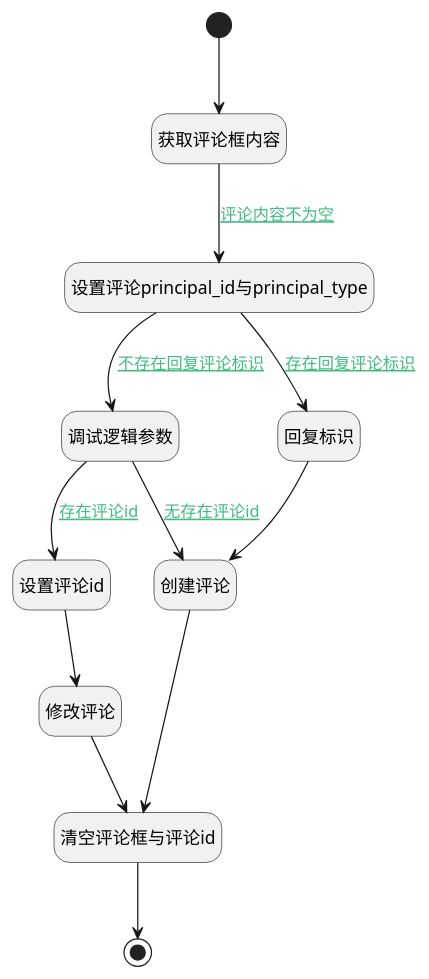
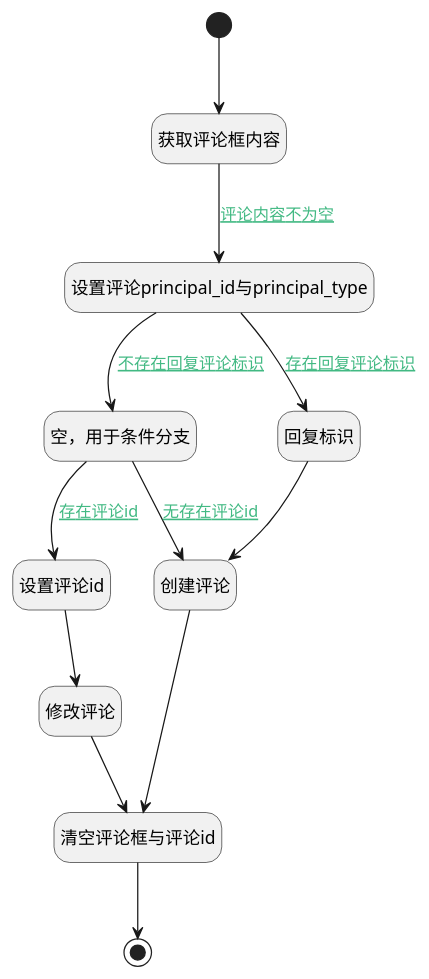
Before and after one commit to iBizLab/plm: the diagram in doc/docsify/module/Base/comment/uilogic/send_comment.md, drawn with PlantUML. The commit also changed other lines of this file and 1068 other files, not shown here.

````diff
--- a/doc/docsify/module/Base/comment/uilogic/send_comment.md
+++ b/doc/docsify/module/Base/comment/uilogic/send_comment.md
@@ -7,37 +7,37 @@
 ```plantuml
 @startuml
 hide footbox
 <style>
 root {
   HyperlinkColor #42b983
 }
 </style>
 
 hide empty description
 state "开始" as Begin <<start>> [[$./send_comment#begin {开始}]]
+state "结束" as END1 <<end>> [[$./send_comment#end1 {结束}]]
 state "获取评论框内容" as RAWJSCODE1  [[$./send_comment#rawjscode1 {获取评论框内容}]]
-state "结束" as END1 <<end>> [[$./send_comment#end1 {结束}]]
-state "设置评论id" as PREPAREJSPARAM3  [[$./send_comment#preparejsparam3 {设置评论id}]]
-state "调试逻辑参数" as DEBUGPARAM1  [[$./send_comment#debugparam1 {调试逻辑参数}]]
-state "回复标识" as PREPAREJSPARAM2  [[$./send_comment#preparejsparam2 {回复标识}]]
+state "修改评论" as DEACTION3  [[$./send_comment#deaction3 {修改评论}]]
+state "空，用于条件分支" as PREPAREJSPARAM4  [[$./send_comment#preparejsparam4 {空，用于条件分支}]]
+state "设置评论principal_id与principal_type" as PREPAREJSPARAM1  [[$./send_comment#preparejsparam1 {设置评论principal_id与principal_type}]]
 state "清空评论框与评论id" as RAWJSCODE2  [[$./send_comment#rawjscode2 {清空评论框与评论id}]]
 state "创建评论" as DEACTION2  [[$./send_comment#deaction2 {创建评论}]]
-state "设置评论principal_id与principal_type" as PREPAREJSPARAM1  [[$./send_comment#preparejsparam1 {设置评论principal_id与principal_type}]]
-state "修改评论" as DEACTION3  [[$./send_comment#deaction3 {修改评论}]]
+state "回复标识" as PREPAREJSPARAM2  [[$./send_comment#preparejsparam2 {回复标识}]]
+state "设置评论id" as PREPAREJSPARAM3  [[$./send_comment#preparejsparam3 {设置评论id}]]
 
 
 Begin --> RAWJSCODE1
 RAWJSCODE1 --> PREPAREJSPARAM1 : [[$./send_comment#rawjscode1-preparejsparam1{评论内容不为空} 评论内容不为空]]
-PREPAREJSPARAM1 --> DEBUGPARAM1 : [[$./send_comment#preparejsparam1-debugparam1{不存在回复评论标识} 不存在回复评论标识]]
-DEBUGPARAM1 --> DEACTION2 : [[$./send_comment#debugparam1-deaction2{无存在评论id} 无存在评论id]]
+PREPAREJSPARAM1 --> PREPAREJSPARAM4 : [[$./send_comment#preparejsparam1-preparejsparam4{不存在回复评论标识} 不存在回复评论标识]]
+PREPAREJSPARAM4 --> DEACTION2 : [[$./send_comment#preparejsparam4-deaction2{无存在评论id} 无存在评论id]]
 DEACTION2 --> RAWJSCODE2
 RAWJSCODE2 --> END1
-DEBUGPARAM1 --> PREPAREJSPARAM3 : [[$./send_comment#debugparam1-preparejsparam3{存在评论id} 存在评论id]]
+PREPAREJSPARAM4 --> PREPAREJSPARAM3 : [[$./send_comment#preparejsparam4-preparejsparam3{存在评论id} 存在评论id]]
 PREPAREJSPARAM3 --> DEACTION3
 DEACTION3 --> RAWJSCODE2
 PREPAREJSPARAM1 --> PREPAREJSPARAM2 : [[$./send_comment#preparejsparam1-preparejsparam2{存在回复评论标识} 存在回复评论标识]]
 PREPAREJSPARAM2 --> DEACTION2
 
 
 @enduml
 ```
````
